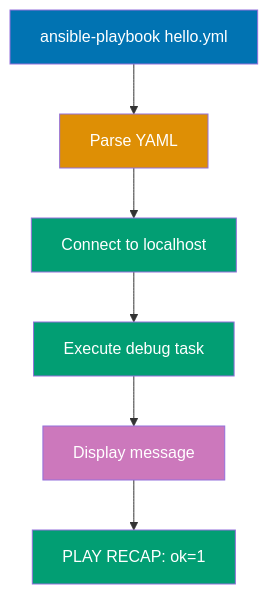
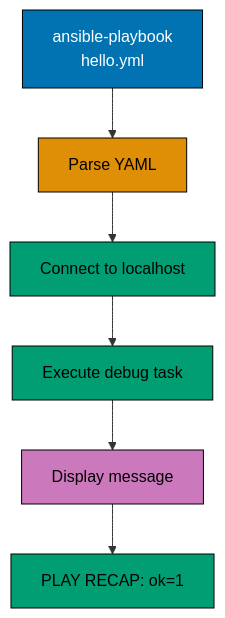
The diagram in apps/ayokoding-www/content/en/learn/legacy/software-engineering/infrastructure/tools/ansible/initial-setup.md (wahidyankf/ose-public), drawn with Mermaid before and after one commit. The commit also changed 131 other files, not shown here.

First line of the commit message:
fix(mermaid): bring the legacy data, infrastructure, and testing diagrams onto the accessible palette

````diff
--- a/apps/ayokoding-www/content/en/learn/legacy/software-engineering/infrastructure/tools/ansible/initial-setup.md
+++ b/apps/ayokoding-www/content/en/learn/legacy/software-engineering/infrastructure/tools/ansible/initial-setup.md
@@ -430,16 +430,23 @@
 ```mermaid
 %% Color Palette: Blue #0173B2, Orange #DE8F05, Teal #029E73, Purple #CC78BC
 graph TD
-    A["ansible-playbook hello.yml"] --> B["Parse YAML"]
+    accTitle: Understanding Execution Flow
+    accDescr: Graph with 6 nodes and 5 connections. Nodes: ansible-playbook hello.yml, Parse YAML, Connect to localhost, Execute debug task, Display message, PLAY RECAP: ok=1. Connections: ansible-playbook hello.yml to Parse YAML, Parse YAML to Connect to localhost, Connect to localhost to Execute debug task, Execute debug task to Display message, Display message to PLAY RECAP: ok=1.
+    A["ansible-playbook<br/>hello.yml"] --> B["Parse YAML"]
     B --> C["Connect to localhost"]
     C --> D["Execute debug task"]
     D --> E["Display message"]
     E --> F["PLAY RECAP: ok=1"]
 
-    style A fill:#0173B2,color:#fff
-    style B fill:#DE8F05,color:#fff
-    style C fill:#029E73,color:#fff
-    style D fill:#029E73,color:#fff
-    style E fill:#CC78BC,color:#fff
-    style F fill:#029E73,color:#fff
+    classDef pal-0173B2 fill:#0173B2,stroke:#000000,color:#FFFFFF
+    class A pal-0173B2
+    classDef pal-DE8F05 fill:#DE8F05,stroke:#000000,color:#000000
+    class B pal-DE8F05
+    classDef pal-029E73 fill:#029E73,stroke:#000000,color:#000000
+    class C pal-029E73
+    class D pal-029E73
+    classDef pal-CC78BC fill:#CC78BC,stroke:#000000,color:#000000
+    class E pal-CC78BC
+    class F pal-029E73
+    classDef default fill:#FFFFFF,stroke:#000000,color:#000000
 ```
````
